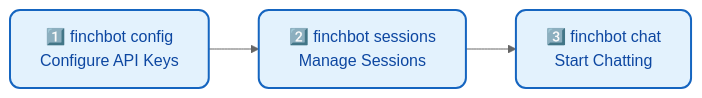
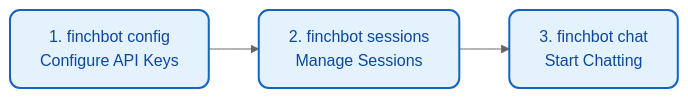
The first of 3 diagrams in docs/en-US/guide/usage.md (xt765/FinchBot), drawn with Mermaid (neutral theme) before and after one commit. The commit also changed other lines of this file and 18 other files, not shown here.

First line of the commit message:
docs: 简化架构图并删除所有mermaid图中的表情包

````diff
--- a/docs/en-US/guide/usage.md
+++ b/docs/en-US/guide/usage.md
@@ -20,9 +20,7 @@
 ```mermaid
 flowchart LR
-    %% Style Definitions
     classDef step fill:#e3f2fd,stroke:#1565c0,stroke-width:2px,color:#0d47a1,rx:10,ry:10;
-    classDef arrow fill:none,stroke:#1565c0,stroke-width:2px;
 
-    A["1️⃣ finchbot config<br/>Configure API Keys"]:::step --> B["2️⃣ finchbot sessions<br/>Manage Sessions"]:::step
-    B --> C["3️⃣ finchbot chat<br/>Start Chatting"]:::step
+    A["1. finchbot config<br/>Configure API Keys"]:::step --> B["2. finchbot sessions<br/>Manage Sessions"]:::step
+    B --> C["3. finchbot chat<br/>Start Chatting"]:::step
 ```
````
